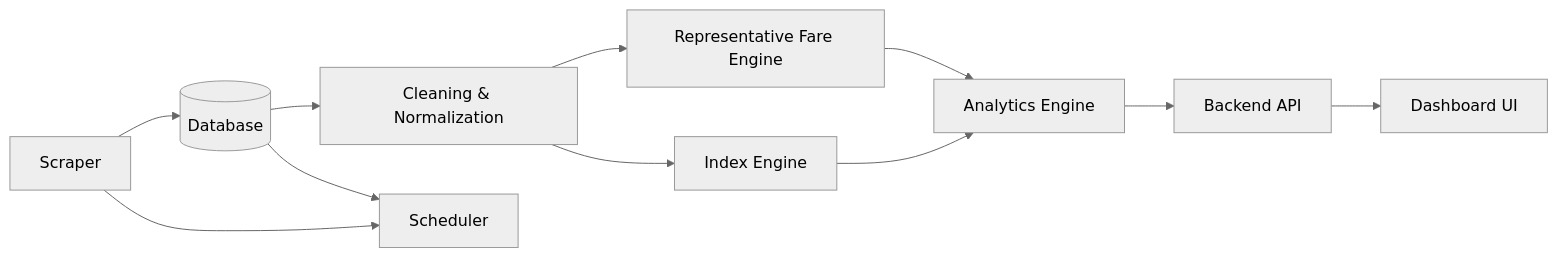
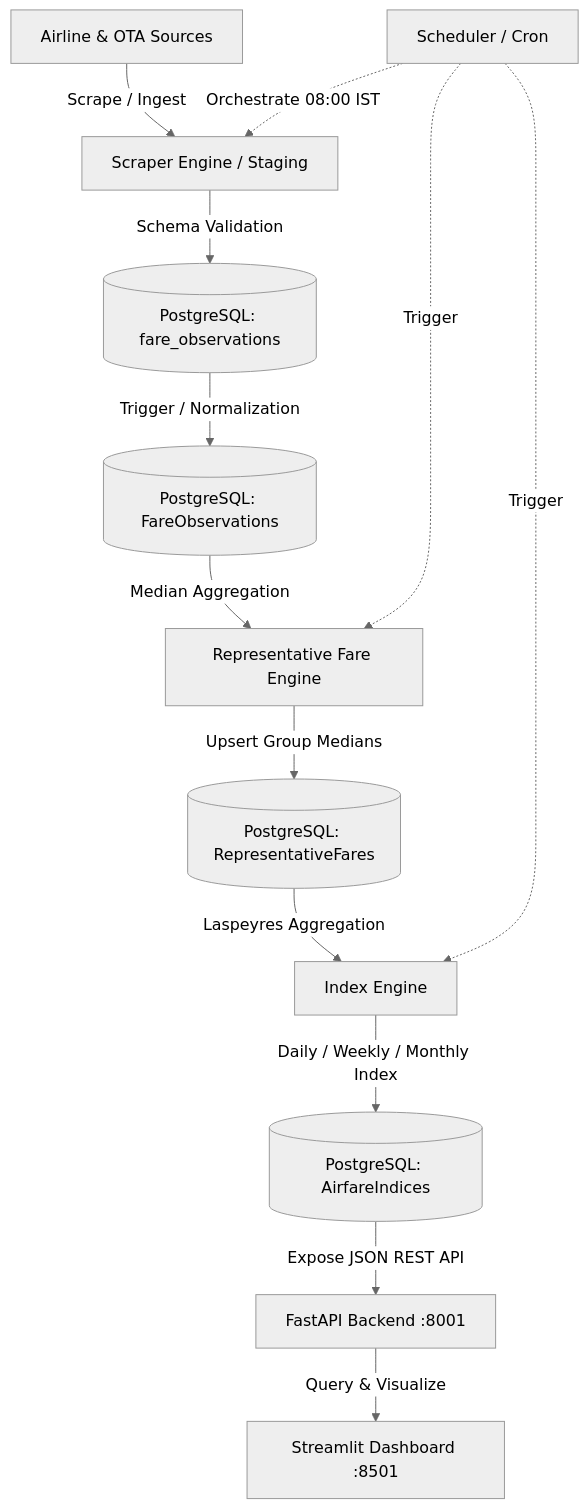
The diagram in README.md (ankush-1111/SIH_Problem_056), drawn with Mermaid (neutral theme) before and after one commit. The commit also changed other lines of this file and 44 other files, not shown here.

````diff
--- a/README.md
+++ b/README.md
@@ -7,11 +25,15 @@
 ```mermaid
-graph LR
-    A[Scraper] --> B[(Database)]
-    B --> C[Cleaning & Normalization]
-    C --> D[Representative Fare Engine]
-    C --> E[Index Engine]
-    D & E --> F[Analytics Engine]
-    F --> G[Backend API]
-    G --> H[Dashboard UI]
-    A & B --> I[Scheduler]
+graph TD
+    A[Airline & OTA Sources] -->|Scrape / Ingest| B[Scraper Engine / Staging]
+    B -->|Schema Validation| C[(PostgreSQL: fare_observations)]
+    C -->|Trigger / Normalization| D[(PostgreSQL: FareObservations)]
+    D -->|Median Aggregation| E[Representative Fare Engine]
+    E -->|Upsert Group Medians| F[(PostgreSQL: RepresentativeFares)]
+    F -->|Laspeyres Aggregation| G[Index Engine]
+    G -->|Daily / Weekly / Monthly Index| H[(PostgreSQL: AirfareIndices)]
+    H -->|Expose JSON REST API| I[FastAPI Backend :8001]
+    I -->|Query & Visualize| J[Streamlit Dashboard :8501]
+    K[Scheduler / Cron] -.->|Orchestrate 08:00 IST| B
+    K -.->|Trigger| E
+    K -.->|Trigger| G
 ```
````
